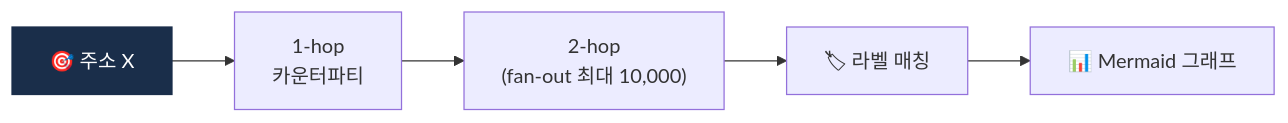
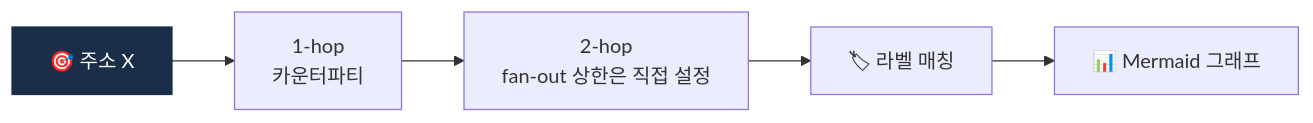
The first of 2 diagrams in curriculum/day_35.md (lala-david/aml-notes), drawn with Mermaid before and after one commit. The commit also changed other lines of this file and 233 other files, not shown here.

````diff
--- a/curriculum/day_35.md
+++ b/curriculum/day_35.md
@@ -13,8 +13,8 @@
 ```mermaid
 flowchart LR
     T["🎯 주소 X"] --> H1["1-hop<br/>카운터파티"]
-    H1 --> H2["2-hop<br/>(fan-out 최대 10,000)"]
+    H1 --> H2["2-hop<br/>fan-out 상한은 직접 설정"]
     H2 --> L["🏷 라벨 매칭"]
     L --> G["📊 Mermaid 그래프"]
     style T fill:#1a2e4a,color:#fff,stroke:#1a2e4a
 ```
````
